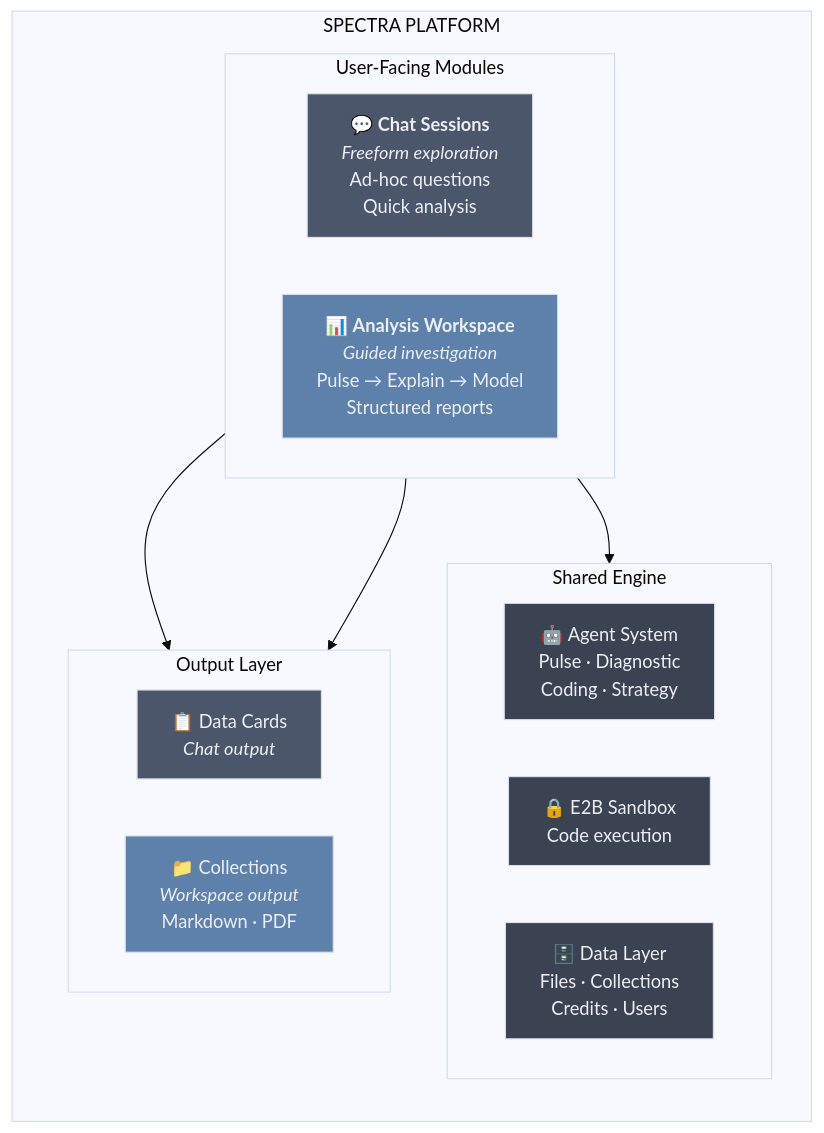
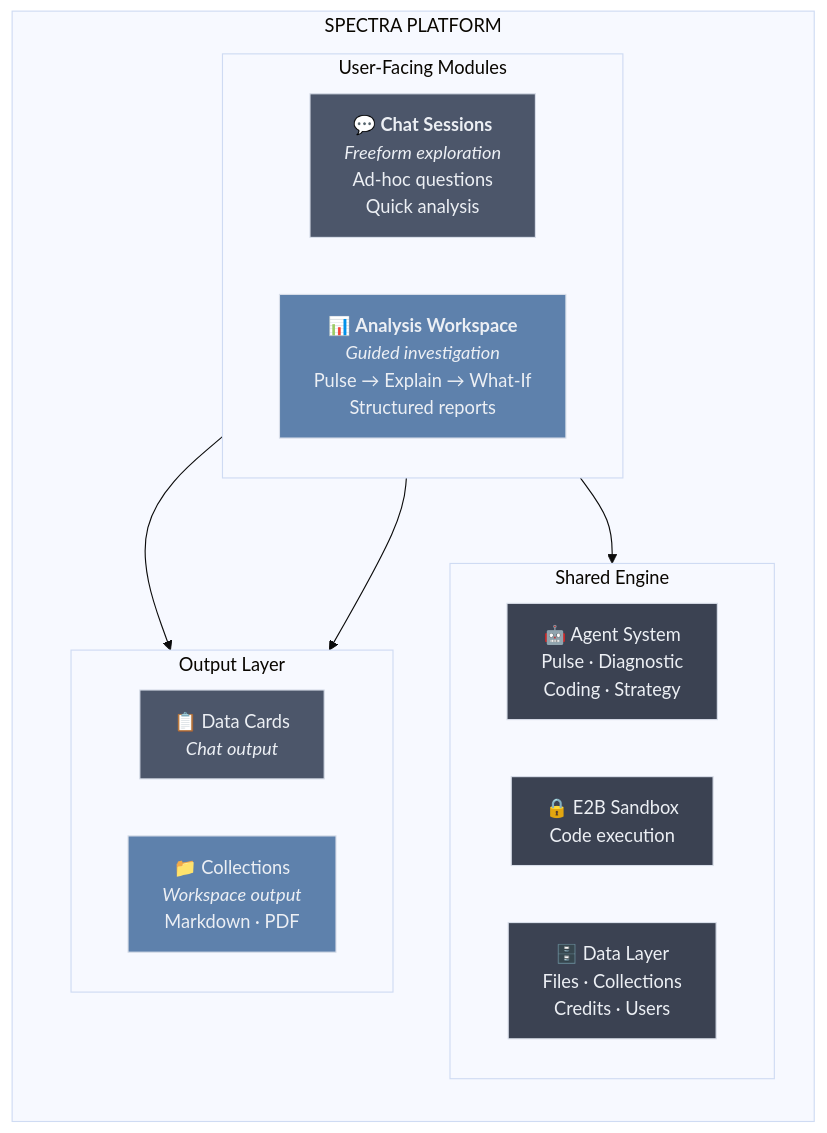
The third of 12 diagrams in requirements/brainstorm-idea-1.md (nuelo-ai/nuelo-spectra), drawn with Mermaid (base theme) before and after one commit. The commit also changed other lines of this file and 22 other files, not shown here.

````diff
--- a/requirements/brainstorm-idea-1.md
+++ b/requirements/brainstorm-idea-1.md
@@ -89,36 +89,36 @@
 ```mermaid
 graph TB
     subgraph platform["SPECTRA PLATFORM"]
         direction TB
         subgraph modules["User-Facing Modules"]
             direction LR
             Chat["💬 <b>Chat Sessions</b><br/><i>Freeform exploration</i><br/>Ad-hoc questions<br/>Quick analysis"]
-            Workspace["📊 <b>Analysis Workspace</b><br/><i>Guided investigation</i><br/>Pulse → Explain → Model<br/>Structured reports"]
+            Workspace["📊 <b>Analysis Workspace</b><br/><i>Guided investigation</i><br/>Pulse → Explain → What-If<br/>Structured reports"]
         end
 
         subgraph shared["Shared Engine"]
             direction LR
             Agents["🤖 Agent System<br/>Pulse · Diagnostic<br/>Coding · Strategy"]
             Sandbox["🔒 E2B Sandbox<br/>Code execution"]
             Data["🗄️ Data Layer<br/>Files · Collections<br/>Credits · Users"]
         end
 
         subgraph output["Output Layer"]
             direction LR
             Cards["📋 Data Cards<br/><i>Chat output</i>"]
             Collections["📁 Collections<br/><i>Workspace output</i><br/>Markdown · PDF"]
         end
 
         modules --> shared
         Chat --> Cards
         Workspace --> Collections
     end
 
     style Chat fill:#4C566A,stroke:#D8DEE9,color:#ECEFF4
     style Workspace fill:#5E81AC,stroke:#D8DEE9,color:#ECEFF4
     style Agents fill:#3B4252,stroke:#D8DEE9,color:#ECEFF4
     style Sandbox fill:#3B4252,stroke:#D8DEE9,color:#ECEFF4
     style Data fill:#3B4252,stroke:#D8DEE9,color:#ECEFF4
     style Cards fill:#4C566A,stroke:#D8DEE9,color:#ECEFF4
     style Collections fill:#5E81AC,stroke:#D8DEE9,color:#ECEFF4
 ```
````
